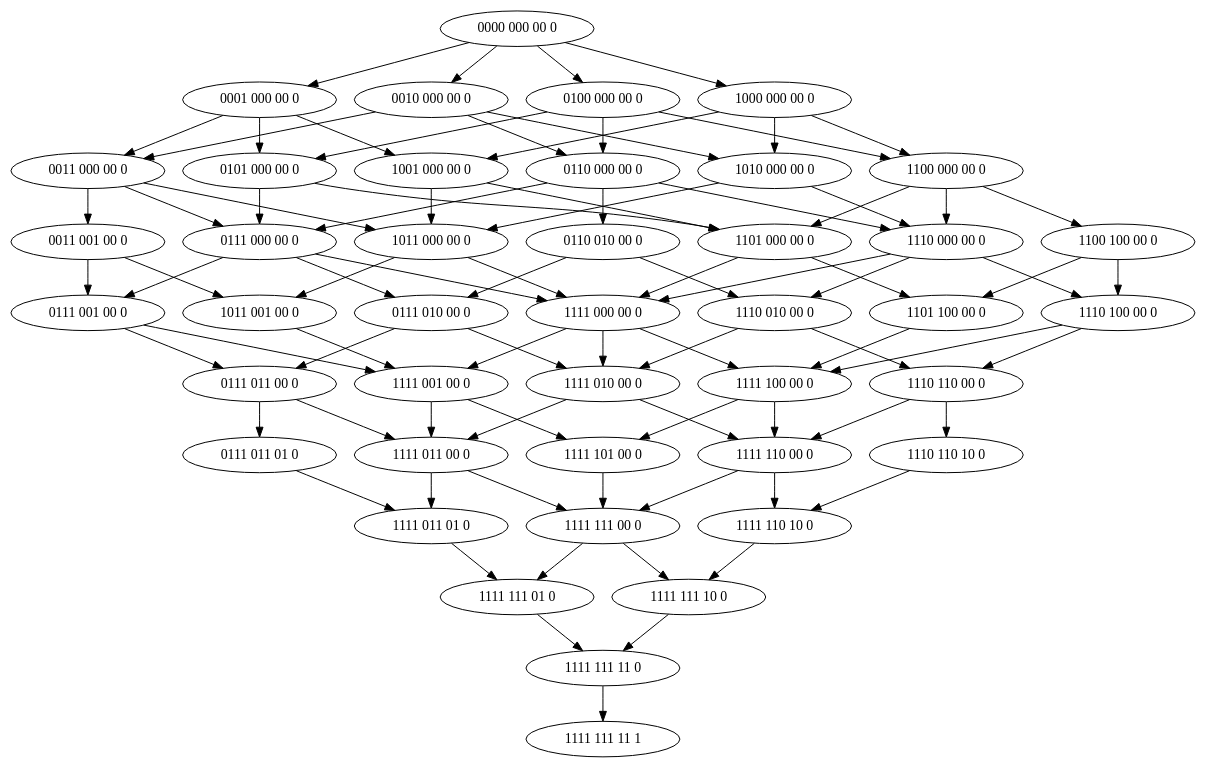
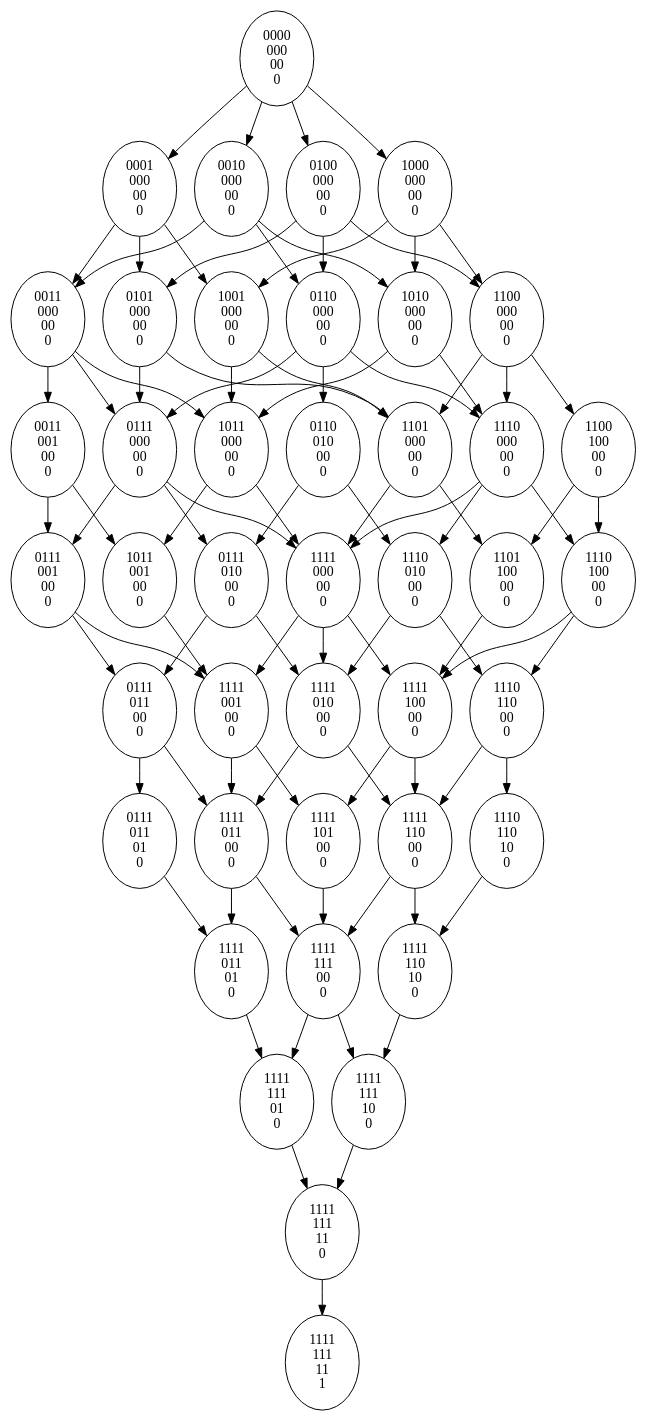
Before and after one commit to rbouckaert/irreversible: the diagram in doc/figures/h4.dot, drawn with Graphviz. The commit also changed 6 other files, not shown here.

```diff
--- a/doc/figures/h4.dot
+++ b/doc/figures/h4.dot
@@ -1,86 +1,86 @@
 digraph {
-"0000 000 00 0" -> "0001 000 00 0";
-"0000 000 00 0" -> "0010 000 00 0";
-"0000 000 00 0" -> "0100 000 00 0";
-"0000 000 00 0" -> "1000 000 00 0";
-"0001 000 00 0" -> "0011 000 00 0";
-"0001 000 00 0" -> "0101 000 00 0";
-"0001 000 00 0" -> "1001 000 00 0";
-"0010 000 00 0" -> "0011 000 00 0";
-"0010 000 00 0" -> "0110 000 00 0";
-"0010 000 00 0" -> "1010 000 00 0";
-"0011 000 00 0" -> "0011 001 00 0";
-"0011 000 00 0" -> "0111 000 00 0";
-"0011 000 00 0" -> "1011 000 00 0";
-"0011 001 00 0" -> "0111 001 00 0";
-"0011 001 00 0" -> "1011 001 00 0";
-"0100 000 00 0" -> "0101 000 00 0";
-"0100 000 00 0" -> "0110 000 00 0";
-"0100 000 00 0" -> "1100 000 00 0";
-"0101 000 00 0" -> "0111 000 00 0";
-"0101 000 00 0" -> "1101 000 00 0";
-"0110 000 00 0" -> "0110 010 00 0";
-"0110 000 00 0" -> "0111 000 00 0";
-"0110 000 00 0" -> "1110 000 00 0";
-"0110 010 00 0" -> "0111 010 00 0";
-"0110 010 00 0" -> "1110 010 00 0";
-"0111 000 00 0" -> "0111 001 00 0";
-"0111 000 00 0" -> "0111 010 00 0";
-"0111 000 00 0" -> "1111 000 00 0";
-"0111 001 00 0" -> "0111 011 00 0";
-"0111 001 00 0" -> "1111 001 00 0";
-"0111 010 00 0" -> "0111 011 00 0";
-"0111 010 00 0" -> "1111 010 00 0";
-"0111 011 00 0" -> "0111 011 01 0";
-"0111 011 00 0" -> "1111 011 00 0";
-"0111 011 01 0" -> "1111 011 01 0";
-"1000 000 00 0" -> "1001 000 00 0";
-"1000 000 00 0" -> "1010 000 00 0";
-"1000 000 00 0" -> "1100 000 00 0";
-"1001 000 00 0" -> "1011 000 00 0";
-"1001 000 00 0" -> "1101 000 00 0";
-"1010 000 00 0" -> "1011 000 00 0";
-"1010 000 00 0" -> "1110 000 00 0";
-"1011 000 00 0" -> "1011 001 00 0";
-"1011 000 00 0" -> "1111 000 00 0";
-"1011 001 00 0" -> "1111 001 00 0";
-"1100 000 00 0" -> "1100 100 00 0";
-"1100 000 00 0" -> "1101 000 00 0";
-"1100 000 00 0" -> "1110 000 00 0";
-"1100 100 00 0" -> "1101 100 00 0";
-"1100 100 00 0" -> "1110 100 00 0";
-"1101 000 00 0" -> "1101 100 00 0";
-"1101 000 00 0" -> "1111 000 00 0";
-"1101 100 00 0" -> "1111 100 00 0";
-"1110 000 00 0" -> "1110 010 00 0";
-"1110 000 00 0" -> "1110 100 00 0";
-"1110 000 00 0" -> "1111 000 00 0";
-"1110 010 00 0" -> "1110 110 00 0";
-"1110 010 00 0" -> "1111 010 00 0";
-"1110 100 00 0" -> "1110 110 00 0";
-"1110 100 00 0" -> "1111 100 00 0";
-"1110 110 00 0" -> "1110 110 10 0";
-"1110 110 00 0" -> "1111 110 00 0";
-"1110 110 10 0" -> "1111 110 10 0";
-"1111 000 00 0" -> "1111 001 00 0";
-"1111 000 00 0" -> "1111 010 00 0";
-"1111 000 00 0" -> "1111 100 00 0";
-"1111 001 00 0" -> "1111 011 00 0";
-"1111 001 00 0" -> "1111 101 00 0";
-"1111 010 00 0" -> "1111 011 00 0";
-"1111 010 00 0" -> "1111 110 00 0";
-"1111 011 00 0" -> "1111 011 01 0";
-"1111 011 00 0" -> "1111 111 00 0";
-"1111 011 01 0" -> "1111 111 01 0";
-"1111 100 00 0" -> "1111 101 00 0";
-"1111 100 00 0" -> "1111 110 00 0";
-"1111 101 00 0" -> "1111 111 00 0";
-"1111 110 00 0" -> "1111 110 10 0";
-"1111 110 00 0" -> "1111 111 00 0";
-"1111 110 10 0" -> "1111 111 10 0";
-"1111 111 00 0" -> "1111 111 01 0";
-"1111 111 00 0" -> "1111 111 10 0";
-"1111 111 01 0" -> "1111 111 11 0";
-"1111 111 10 0" -> "1111 111 11 0";
-"1111 111 11 0" -> "1111 111 11 1";
+"0000\n000\n00\n0" -> "0001\n000\n00\n0";
+"0000\n000\n00\n0" -> "0010\n000\n00\n0";
+"0000\n000\n00\n0" -> "0100\n000\n00\n0";
+"0000\n000\n00\n0" -> "1000\n000\n00\n0";
+"0001\n000\n00\n0" -> "0011\n000\n00\n0";
+"0001\n000\n00\n0" -> "0101\n000\n00\n0";
+"0001\n000\n00\n0" -> "1001\n000\n00\n0";
+"0010\n000\n00\n0" -> "0011\n000\n00\n0";
+"0010\n000\n00\n0" -> "0110\n000\n00\n0";
+"0010\n000\n00\n0" -> "1010\n000\n00\n0";
+"0011\n000\n00\n0" -> "0011\n001\n00\n0";
+"0011\n000\n00\n0" -> "0111\n000\n00\n0";
+"0011\n000\n00\n0" -> "1011\n000\n00\n0";
+"0011\n001\n00\n0" -> "0111\n001\n00\n0";
+"0011\n001\n00\n0" -> "1011\n001\n00\n0";
+"0100\n000\n00\n0" -> "0101\n000\n00\n0";
+"0100\n000\n00\n0" -> "0110\n000\n00\n0";
+"0100\n000\n00\n0" -> "1100\n000\n00\n0";
+"0101\n000\n00\n0" -> "0111\n000\n00\n0";
+"0101\n000\n00\n0" -> "1101\n000\n00\n0";
+"0110\n000\n00\n0" -> "0110\n010\n00\n0";
+"0110\n000\n00\n0" -> "0111\n000\n00\n0";
+"0110\n000\n00\n0" -> "1110\n000\n00\n0";
+"0110\n010\n00\n0" -> "0111\n010\n00\n0";
+"0110\n010\n00\n0" -> "1110\n010\n00\n0";
+"0111\n000\n00\n0" -> "0111\n001\n00\n0";
+"0111\n000\n00\n0" -> "0111\n010\n00\n0";
+"0111\n000\n00\n0" -> "1111\n000\n00\n0";
+"0111\n001\n00\n0" -> "0111\n011\n00\n0";
+"0111\n001\n00\n0" -> "1111\n001\n00\n0";
+"0111\n010\n00\n0" -> "0111\n011\n00\n0";
+"0111\n010\n00\n0" -> "1111\n010\n00\n0";
+"0111\n011\n00\n0" -> "0111\n011\n01\n0";
+"0111\n011\n00\n0" -> "1111\n011\n00\n0";
+"0111\n011\n01\n0" -> "1111\n011\n01\n0";
+"1000\n000\n00\n0" -> "1001\n000\n00\n0";
+"1000\n000\n00\n0" -> "1010\n000\n00\n0";
+"1000\n000\n00\n0" -> "1100\n000\n00\n0";
+"1001\n000\n00\n0" -> "1011\n000\n00\n0";
+"1001\n000\n00\n0" -> "1101\n000\n00\n0";
+"1010\n000\n00\n0" -> "1011\n000\n00\n0";
+"1010\n000\n00\n0" -> "1110\n000\n00\n0";
+"1011\n000\n00\n0" -> "1011\n001\n00\n0";
+"1011\n000\n00\n0" -> "1111\n000\n00\n0";
+"1011\n001\n00\n0" -> "1111\n001\n00\n0";
+"1100\n000\n00\n0" -> "1100\n100\n00\n0";
+"1100\n000\n00\n0" -> "1101\n000\n00\n0";
+"1100\n000\n00\n0" -> "1110\n000\n00\n0";
+"1100\n100\n00\n0" -> "1101\n100\n00\n0";
+"1100\n100\n00\n0" -> "1110\n100\n00\n0";
+"1101\n000\n00\n0" -> "1101\n100\n00\n0";
+"1101\n000\n00\n0" -> "1111\n000\n00\n0";
+"1101\n100\n00\n0" -> "1111\n100\n00\n0";
+"1110\n000\n00\n0" -> "1110\n010\n00\n0";
+"1110\n000\n00\n0" -> "1110\n100\n00\n0";
+"1110\n000\n00\n0" -> "1111\n000\n00\n0";
+"1110\n010\n00\n0" -> "1110\n110\n00\n0";
+"1110\n010\n00\n0" -> "1111\n010\n00\n0";
+"1110\n100\n00\n0" -> "1110\n110\n00\n0";
+"1110\n100\n00\n0" -> "1111\n100\n00\n0";
+"1110\n110\n00\n0" -> "1110\n110\n10\n0";
+"1110\n110\n00\n0" -> "1111\n110\n00\n0";
+"1110\n110\n10\n0" -> "1111\n110\n10\n0";
+"1111\n000\n00\n0" -> "1111\n001\n00\n0";
+"1111\n000\n00\n0" -> "1111\n010\n00\n0";
+"1111\n000\n00\n0" -> "1111\n100\n00\n0";
+"1111\n001\n00\n0" -> "1111\n011\n00\n0";
+"1111\n001\n00\n0" -> "1111\n101\n00\n0";
+"1111\n010\n00\n0" -> "1111\n011\n00\n0";
+"1111\n010\n00\n0" -> "1111\n110\n00\n0";
+"1111\n011\n00\n0" -> "1111\n011\n01\n0";
+"1111\n011\n00\n0" -> "1111\n111\n00\n0";
+"1111\n011\n01\n0" -> "1111\n111\n01\n0";
+"1111\n100\n00\n0" -> "1111\n101\n00\n0";
+"1111\n100\n00\n0" -> "1111\n110\n00\n0";
+"1111\n101\n00\n0" -> "1111\n111\n00\n0";
+"1111\n110\n00\n0" -> "1111\n110\n10\n0";
+"1111\n110\n00\n0" -> "1111\n111\n00\n0";
+"1111\n110\n10\n0" -> "1111\n111\n10\n0";
+"1111\n111\n00\n0" -> "1111\n111\n01\n0";
+"1111\n111\n00\n0" -> "1111\n111\n10\n0";
+"1111\n111\n01\n0" -> "1111\n111\n11\n0";
+"1111\n111\n10\n0" -> "1111\n111\n11\n0";
+"1111\n111\n11\n0" -> "1111\n111\n11\n1";
 }
```
